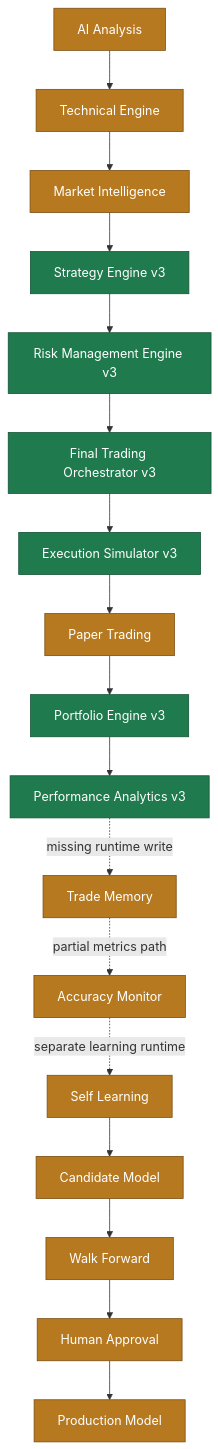
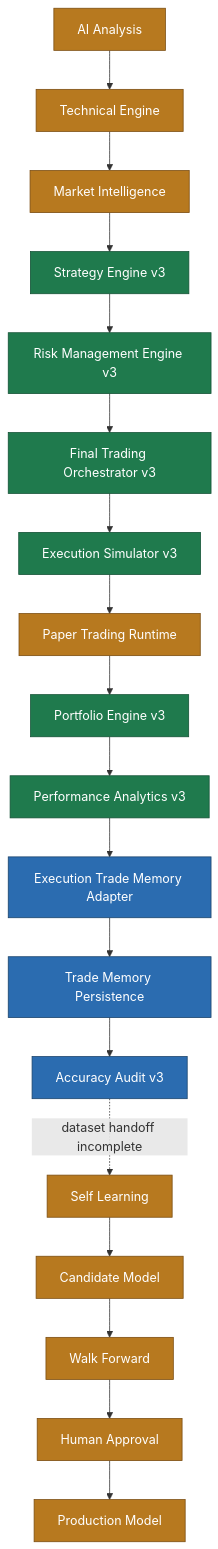
Before and after one commit to Iam-2squared/ark-terminal: the diagram in docs/PHASE9_ARCHITECTURE_AUDIT.md, drawn with Mermaid. The commit also changed other lines of this file, not shown here.

Commit message:
Update Phase9 architecture audit after Phase8 completion

````diff
--- a/docs/PHASE9_ARCHITECTURE_AUDIT.md
+++ b/docs/PHASE9_ARCHITECTURE_AUDIT.md
@@ -20,27 +21,29 @@
 ```mermaid
 flowchart TD
     A[AI Analysis] --> B[Technical Engine]
     B --> C[Market Intelligence]
     C --> D[Strategy Engine v3]
     D --> E[Risk Management Engine v3]
     E --> F[Final Trading Orchestrator v3]
     F --> G[Execution Simulator v3]
-    G --> H[Paper Trading]
+    G --> H[Paper Trading Runtime]
     H --> I[Portfolio Engine v3]
     I --> J[Performance Analytics v3]
-    J -. missing runtime write .-> K[Trade Memory]
-    K -. partial metrics path .-> L[Accuracy Monitor]
-    L -. separate learning runtime .-> M[Self Learning]
-    M --> N[Candidate Model]
-    N --> O[Walk Forward]
-    O --> P[Human Approval]
-    P --> Q[Production Model]
+    J --> K[Execution Trade Memory Adapter]
+    K --> L[Trade Memory Persistence]
+    L --> M[Accuracy Audit v3]
+    M -. dataset handoff incomplete .-> N[Self Learning]
+    N --> O[Candidate Model]
+    O --> P[Walk Forward]
+    P --> Q[Human Approval]
+    Q --> R[Production Model]
 
     classDef complete fill:#1f7a4d,color:#fff,stroke:#145236;
+    classDef pendingMerge fill:#2b6cb0,color:#fff,stroke:#1a436b;
     classDef partial fill:#b7791f,color:#fff,stroke:#7b4d11;
     classDef disconnected fill:#9b2c2c,color:#fff,stroke:#641b1b;
-    classDef unknown fill:#4a5568,color:#fff,stroke:#2d3748;
 
     class D,E,F,G,I,J complete;
-    class A,B,C,H,K,L,M,N,O,P,Q partial;
+    class K,L,M pendingMerge;
+    class A,B,C,H,N,O,P,Q,R partial;
 ```
````
